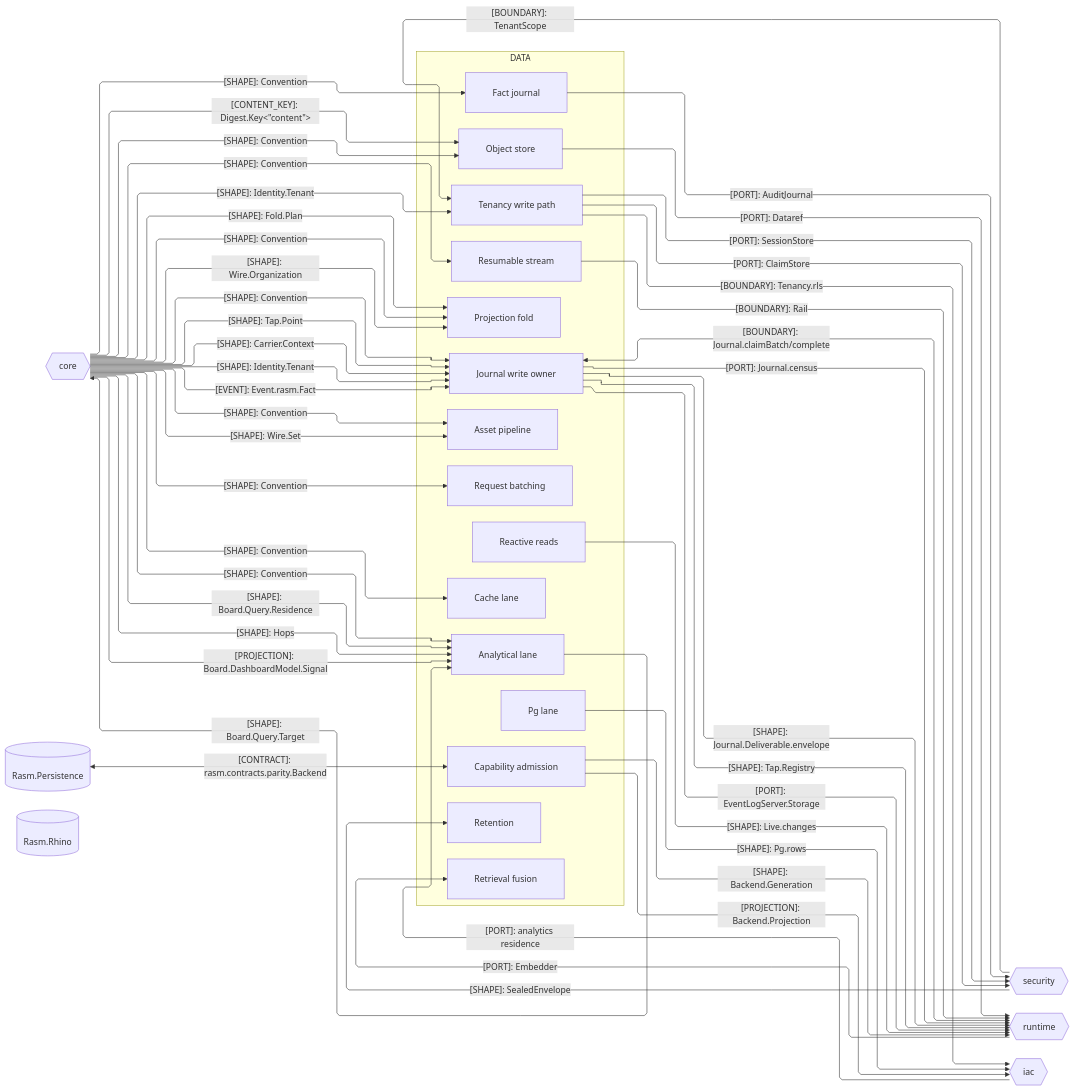
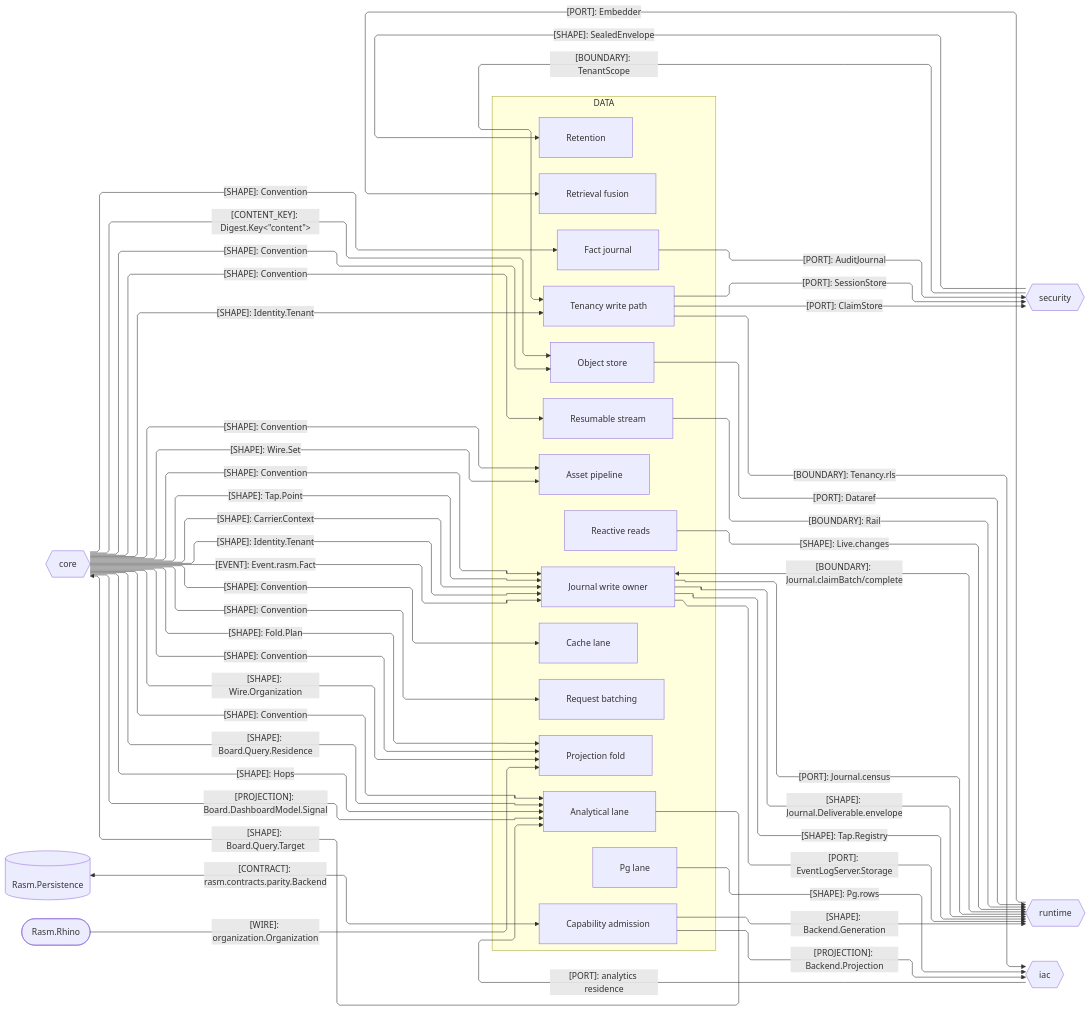
Before and after one commit to bsamiee/Rasm: the second of 3 diagrams in libs/typescript/data/ARCHITECTURE.md, drawn with Mermaid. The commit also changed other lines of this file and 167 other files, not shown here.

````diff
--- a/libs/typescript/data/ARCHITECTURE.md
+++ b/libs/typescript/data/ARCHITECTURE.md
@@ -108,77 +109,78 @@
 ```mermaid
 ---
 config:
   layout: elk
   flowchart:
     curve: linear
     padding: 25
 ---
 flowchart LR
     accTitle: Data package seam registry
-    accDescr: Data exchanges custody, tenancy, hook, backend, and Board.Query contracts with branch peers and Rasm.Persistence.
+    accDescr: Data exchanges custody, tenancy, hook, backend, and Board.Query contracts with branch peers and Rasm.Persistence, and folds the organization wire Rasm.Rhino produces.
     subgraph data[DATA]
         Fold[Projection fold]
         Store[Object store]
         Tenant[Tenancy write path]
         Retain[Retention]
         Append[Journal write owner]
         Live[Reactive reads]
         Stream[Resumable stream]
         Search[Retrieval fusion]
         Postgres[Pg lane]
         Capability[Capability admission]
         Fact[Fact journal]
         Batch[Request batching]
         Cache[Cache lane]
         Olap[Analytical lane]
         Asset[Asset pipeline]
     end
     Core{{core}}
     Security{{security}}
     Runtime{{runtime}}
     Iac{{iac}}
     Persistence[(Rasm.Persistence)]
-    Rhino[(Rasm.Rhino)]
+    Rhino([Rasm.Rhino])
     Core e1@-->|"[SHAPE]: Fold.Plan"| Fold
     Core e2@-->|"[CONTENT_KEY]: Digest.Key&lt;&quot;content&quot;&gt;"| Store
     Core e3@-->|"[SHAPE]: Identity.Tenant"| Tenant
     Tenant e4@-->|"[PORT]: SessionStore"| Security
     Security e5@-->|"[BOUNDARY]: TenantScope"| Tenant
     Security e6@-->|"[SHAPE]: SealedEnvelope"| Retain
     Append e7@<-->|"[BOUNDARY]: Journal.claimBatch/complete"| Runtime
     Live e8@-->|"[SHAPE]: Live.changes"| Runtime
     Stream e9@-->|"[BOUNDARY]: Rail"| Runtime
     Runtime e10@-->|"[PORT]: Embedder"| Search
     Postgres e11@-->|"[SHAPE]: Pg.rows"| Iac
     Tenant e12@-->|"[BOUNDARY]: Tenancy.rls"| Iac
     Core e13@-->|"[SHAPE]: Convention"| Append
     Core e14@-->|"[SHAPE]: Convention"| Fold
     Append e15@-->|"[PORT]: Journal.census"| Runtime
     Tenant e16@-->|"[PORT]: ClaimStore"| Security
     Core e17@-->|"[SHAPE]: Convention"| Fact
     Core e18@-->|"[SHAPE]: Convention"| Batch
     Core e19@-->|"[SHAPE]: Convention"| Store
     Core e20@-->|"[SHAPE]: Convention"| Stream
     Core e21@-->|"[SHAPE]: Convention"| Cache
     Core e22@-->|"[SHAPE]: Convention"| Olap
     Append e23@-->|"[SHAPE]: Journal.Deliverable.envelope"| Runtime
     Core e24@-->|"[SHAPE]: Tap.Point"| Append
     Append e25@-->|"[SHAPE]: Tap.Registry"| Runtime
     Capability e26@-->|"[PROJECTION]: Backend.Projection"| Iac
     Capability e27@-->|"[SHAPE]: Backend.Generation"| Runtime
     Persistence e28@<-->|"[CONTRACT]: rasm.contracts.parity.Backend"| Capability
     Fact e29@-->|"[PORT]: AuditJournal"| Security
     Core e30@-->|"[SHAPE]: Board.Query.Residence"| Olap
     Core e31@-->|"[SHAPE]: Hops"| Olap
     Olap e32@-->|"[SHAPE]: Board.Query.Target"| Core
     Core e33@-->|"[PROJECTION]: Board.DashboardModel.Signal"| Olap
     Iac e34@-->|"[PORT]: analytics residence"| Olap
     Core e35@-->|"[SHAPE]: Convention"| Asset
     Core e36@-->|"[SHAPE]: Wire.Set"| Asset
     Core e37@-->|"[SHAPE]: Wire.Organization"| Fold
     Core e38@-->|"[SHAPE]: Carrier.Context"| Append
     Core e39@-->|"[SHAPE]: Identity.Tenant"| Append
     Core e40@-->|"[EVENT]: Event.rasm.Fact"| Append
     Append e41@-->|"[PORT]: EventLogServer.Storage"| Runtime
     Store e42@-->|"[PORT]: Dataref"| Runtime
+    Rhino e43@-->|"[WIRE]: organization.Organization"| Fold
 ```
````
